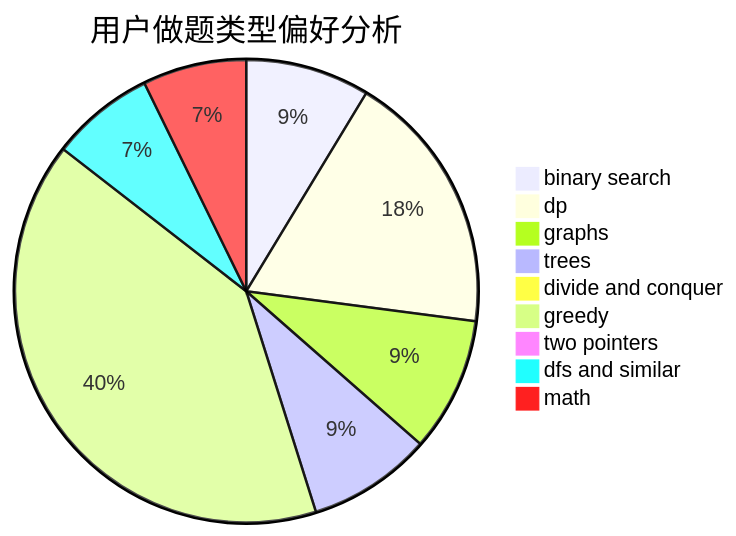
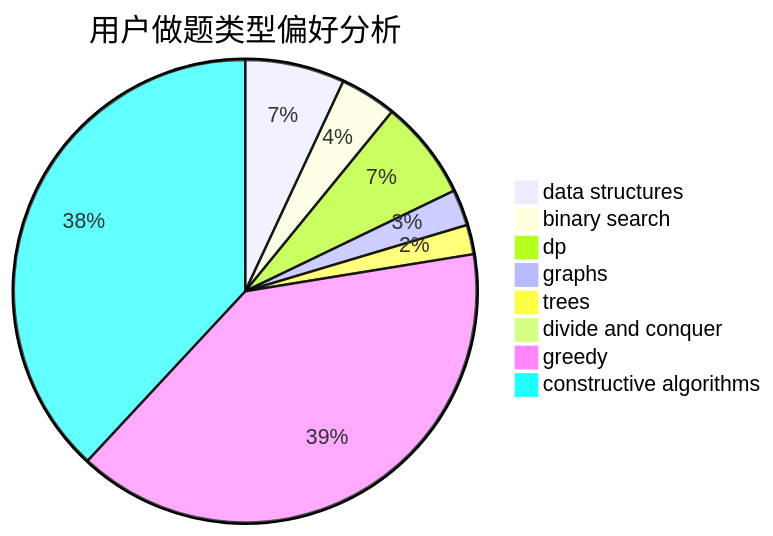
Before and after one commit to sherpahu/cfrs.github.io: the second of 3 diagrams in docs/user/u1594.md, drawn with Mermaid. The commit also changed other lines of this file and 2775 other files, not shown here.

````diff
--- a/docs/user/u1594.md
+++ b/docs/user/u1594.md
@@ -23,12 +23,11 @@
 ```mermaid
 pie title 用户做题类型偏好分析
-    "binary search" :  73
-    "dp" :  155
-    "graphs" :  79
-    "trees" :  73
+    "data structures" :  44
+    "binary search" :  25
+    "dp" :  44
+    "graphs" :  16
+    "trees" :  13
     "divide and conquer" :  1
-    "greedy" :  340
-    "two pointers" :  3
-    "dfs and similar" :  61
-    "math" :  61
+    "greedy" :  250
+    "constructive algorithms" :  241
 ```
````
